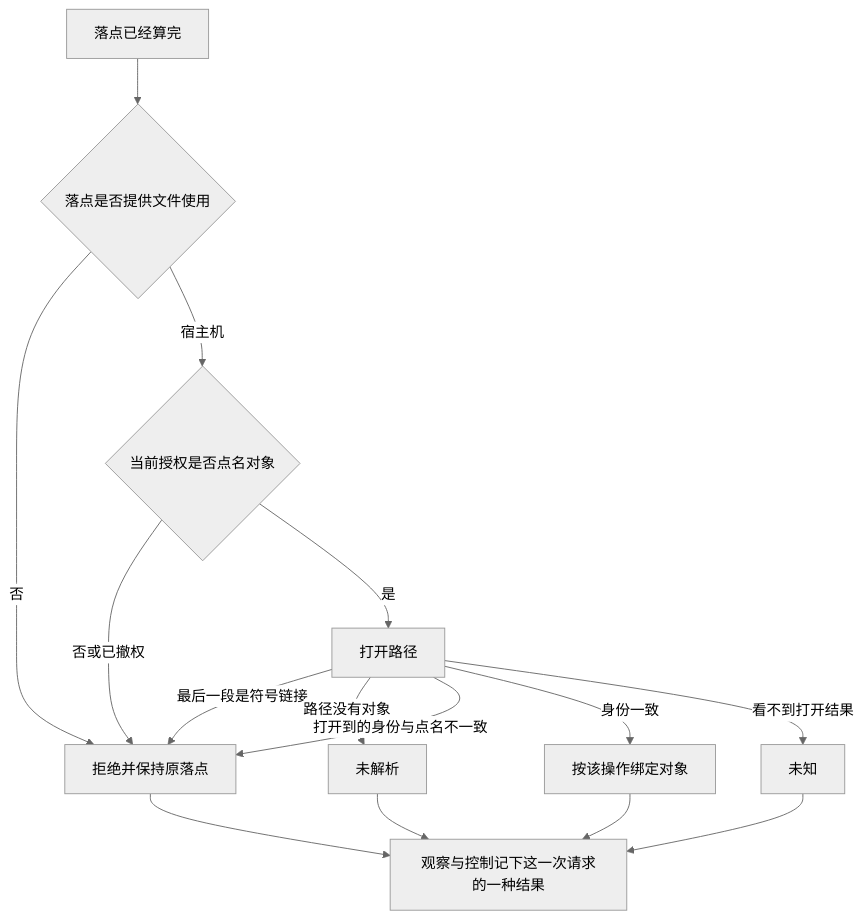
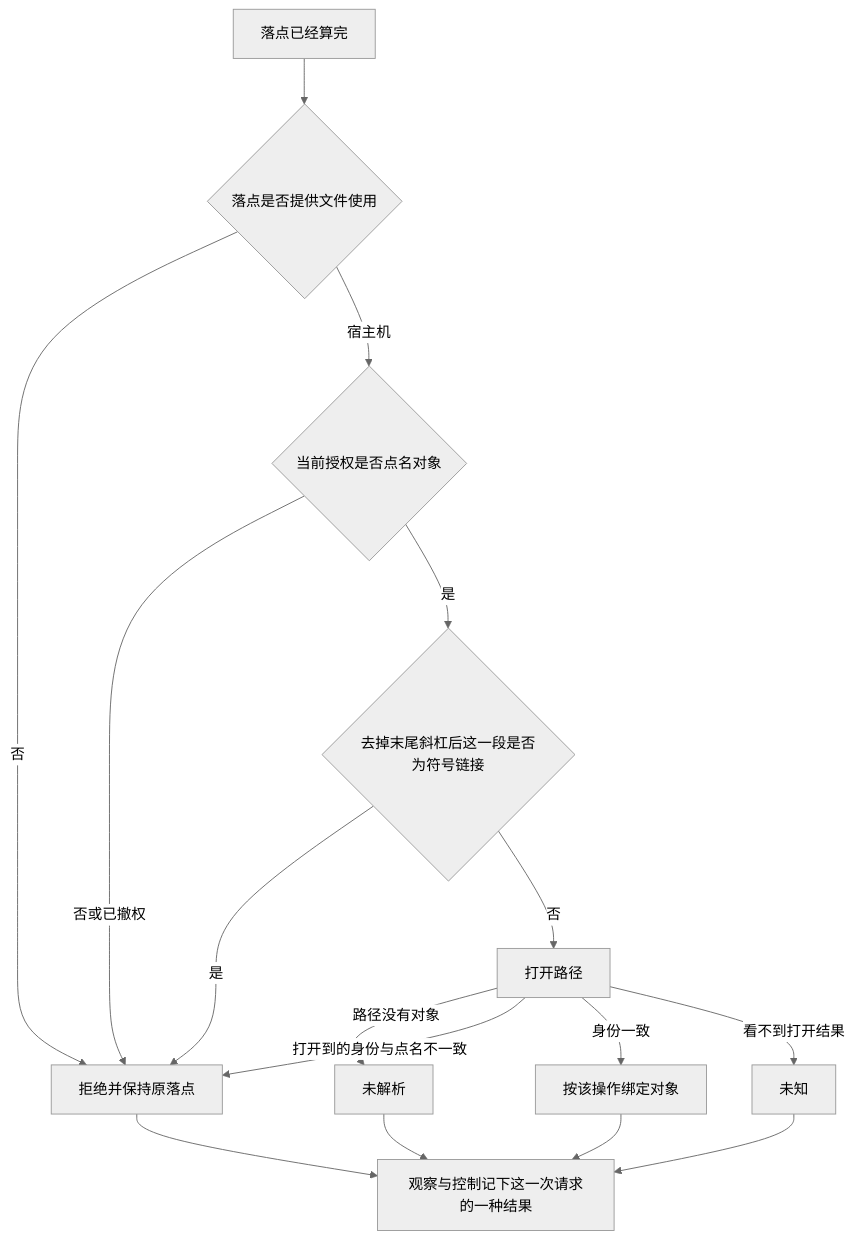
The second of 2 diagrams in packages/execution/execution-environment/docs/key-flow.md (nemori-ai/omne-harness-lite), drawn with Mermaid (neutral theme) before and after one commit. The commit also changed other lines of this file and 9 other files, not shown here.

````diff
--- a/packages/execution/execution-environment/docs/key-flow.md
+++ b/packages/execution/execution-environment/docs/key-flow.md
@@ -45,17 +45,18 @@
 ```mermaid
 flowchart TD
   A[落点已经算完] --> B{落点是否提供文件使用}
   B -->|否| R[拒绝并保持原落点]
   B -->|宿主机| C{当前授权是否点名对象}
   C -->|否或已撤权| R
-  C -->|是| D[打开路径]
-  D -->|最后一段是符号链接| R
+  C -->|是| S{去掉末尾斜杠后这一段是否为符号链接}
+  S -->|是| R
+  S -->|否| D[打开路径]
   D -->|路径没有对象| U[未解析]
   D -->|打开到的身份与点名不一致| R
   D -->|身份一致| E[按该操作绑定对象]
   D -->|看不到打开结果| K[未知]
   E --> F[观察与控制记下这一次请求的一种结果]
   R --> F
   U --> F
   K --> F
 ```
````
